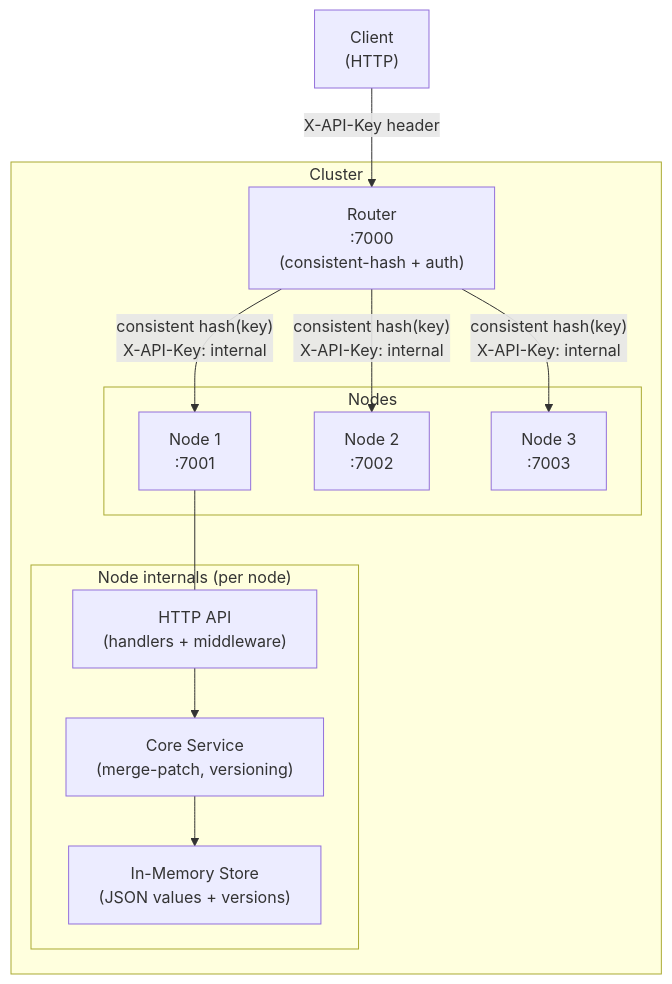
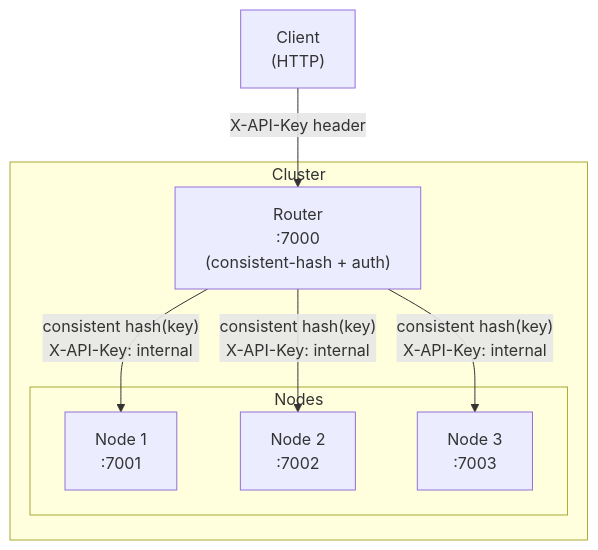
The diagram in README.md (ksysoev/mimir), drawn with Mermaid before and after one commit.

Commit message:
makes system design diagram more compact

````diff
--- a/README.md
+++ b/README.md
@@ -25,28 +25,19 @@
 ```mermaid
 graph TD
     Client["Client\n(HTTP)"]
 
     subgraph Cluster
         Router["Router\n:7000\n(consistent-hash + auth)"]
 
         subgraph Nodes
             N1["Node 1\n:7001"]
             N2["Node 2\n:7002"]
             N3["Node 3\n:7003"]
         end
-
-        subgraph NodeInternals["Node internals (per node)"]
-            API["HTTP API\n(handlers + middleware)"]
-            SVC["Core Service\n(merge-patch, versioning)"]
-            STORE["In-Memory Store\n(JSON values + versions)"]
-        end
     end
 
     Client -->|"X-API-Key header"| Router
     Router -->|"consistent hash(key)\nX-API-Key: internal"| N1
     Router -->|"consistent hash(key)\nX-API-Key: internal"| N2
     Router -->|"consistent hash(key)\nX-API-Key: internal"| N3
-    N1 --- API
-    API --> SVC
-    SVC --> STORE
 ```
````
